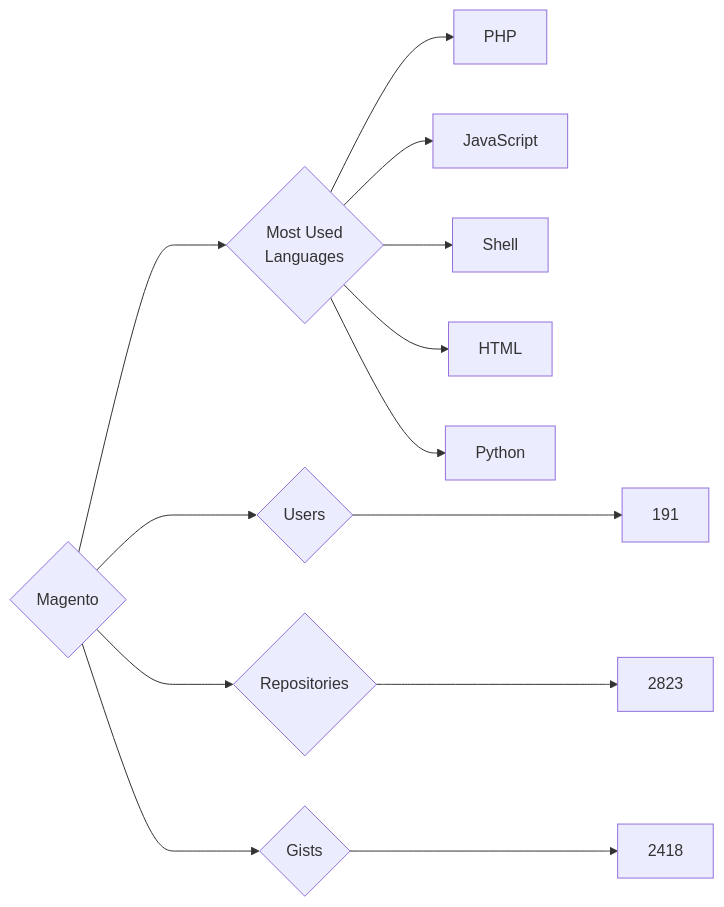
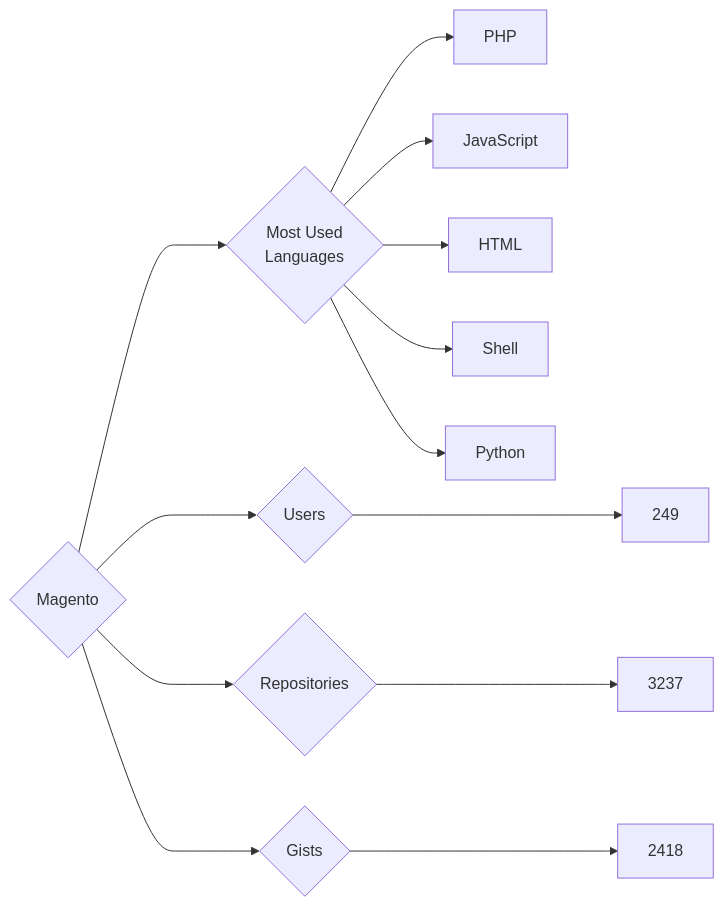
The diagram in targets/Magento/README.md (trickest/insiders), drawn with Mermaid before and after one commit. The commit also changed 814 other files, not shown here.

````diff
--- a/targets/Magento/README.md
+++ b/targets/Magento/README.md
@@ -3,13 +3,13 @@
 ```mermaid
 graph LR
 COMPANY_NAME{Magento}
-COMPANY_NAME ---> U{Users} ---> UN[191]
-COMPANY_NAME ---> R{Repositories} ---> RN[2823]
+COMPANY_NAME ---> U{Users} ---> UN[249]
+COMPANY_NAME ---> R{Repositories} ---> RN[3237]
 COMPANY_NAME ---> G{Gists} ---> GN[2418]
 COMPANY_NAME ---> ML{Most Used<br>Languages}
 ML --> PHP[PHP]
 ML --> JavaScript[JavaScript]
+ML --> HTML[HTML]
 ML --> Shell[Shell]
-ML --> HTML[HTML]
 ML --> Python[Python]
 ```
````
